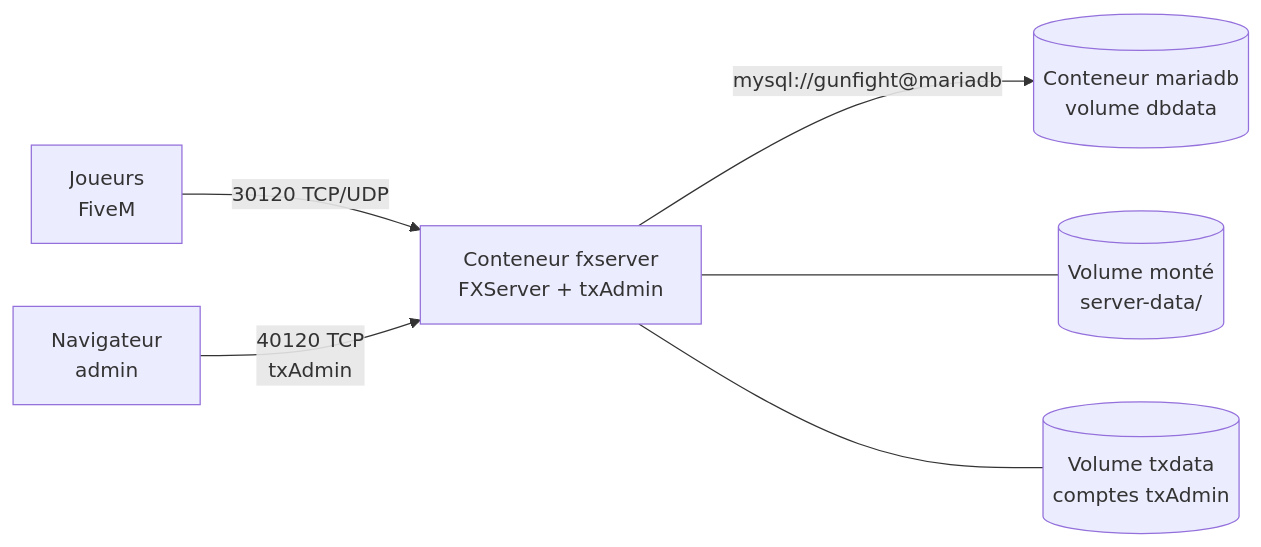
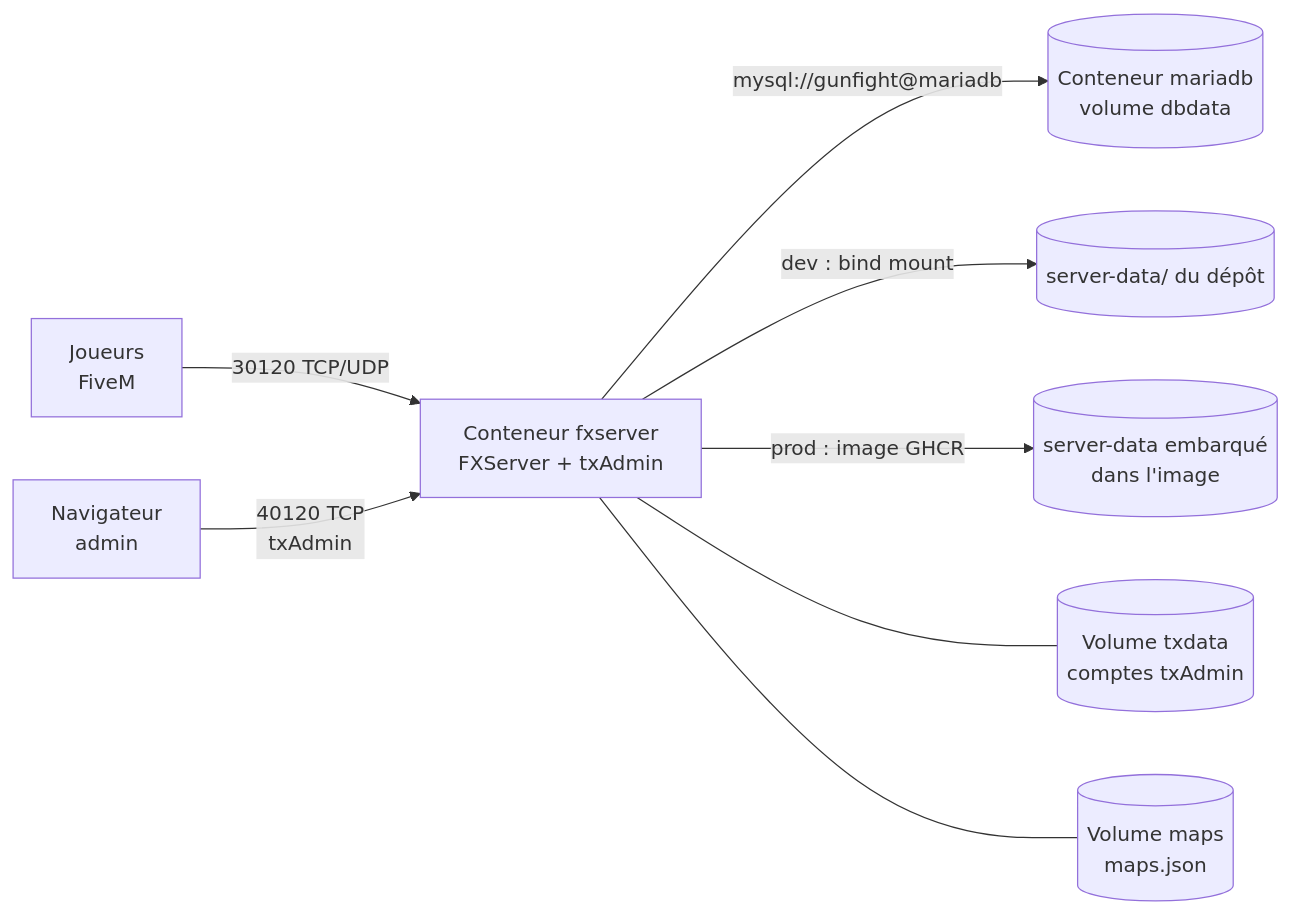
The diagram in docs/architecture.md (quentingimenez/FiveMGunFight), drawn with Mermaid before and after one commit. The commit also changed other lines of this file and 23 other files, not shown here.

````diff
--- a/docs/architecture.md
+++ b/docs/architecture.md
@@ -5,8 +5,10 @@
 ```mermaid
 flowchart LR
   J["Joueurs<br/>FiveM"] -->|"30120 TCP/UDP"| S["Conteneur fxserver<br/>FXServer + txAdmin"]
   T["Navigateur<br/>admin"] -->|"40120 TCP<br/>txAdmin"| S
   S -->|"mysql://gunfight@mariadb"| D[("Conteneur mariadb<br/>volume dbdata")]
-  S --- V[("Volume monté<br/>server-data/")]
+  S -->|"dev : bind mount"| V[("server-data/ du dépôt")]
+  S -->|"prod : image GHCR"| I[("server-data embarqué<br/>dans l'image")]
   S --- X[("Volume txdata<br/>comptes txAdmin")]
+  S --- M[("Volume maps<br/>maps.json")]
 ```
````
